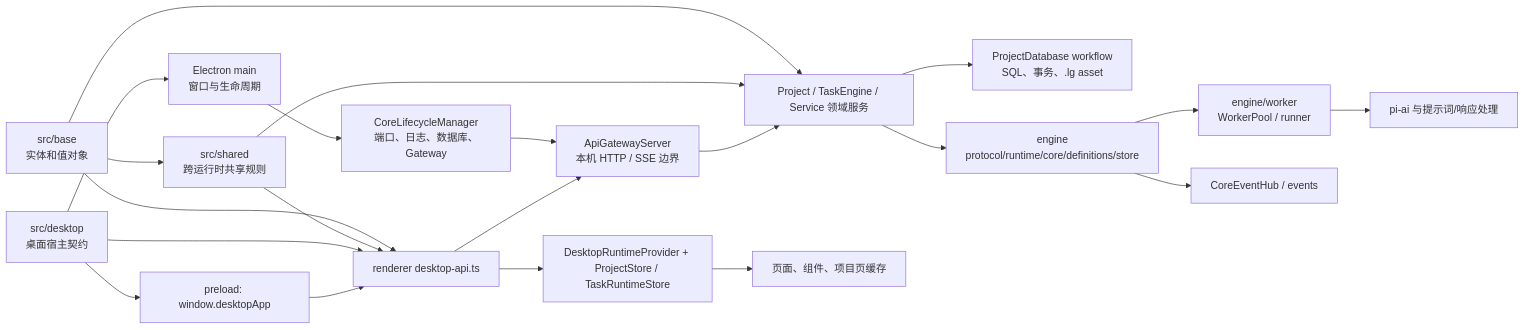
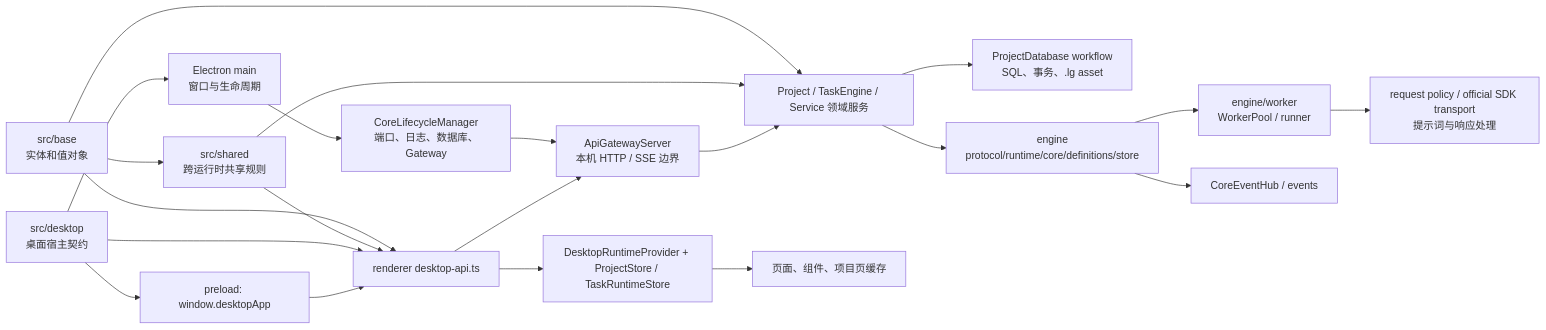
The first of 3 diagrams in docs/ARCHITECTURE.md (neavo/LinguaGacha), drawn with Mermaid before and after one commit. The commit also changed other lines of this file and 40 other files, not shown here.

````diff
--- a/docs/ARCHITECTURE.md
+++ b/docs/ARCHITECTURE.md
@@ -19,23 +19,23 @@
 ```mermaid
 flowchart LR
   N["src/base<br/>实体和值对象"] --> D
   N --> J
   N --> S["src/shared<br/>跨运行时共享规则"]
   S --> D
   S --> J
   X["src/desktop<br/>桌面宿主契约"] --> A
   X --> I
   X --> J
   A["Electron main<br/>窗口与生命周期"] --> B["CoreLifecycleManager<br/>端口、日志、数据库、Gateway"]
   B --> C["ApiGatewayServer<br/>本机 HTTP / SSE 边界"]
   C --> D["Project / TaskEngine / Service 领域服务"]
   D --> E["ProjectDatabase workflow<br/>SQL、事务、.lg asset"]
   D --> F["engine<br/>protocol/runtime/core/definitions/store"]
   F --> G["engine/worker<br/>WorkerPool / runner"]
-  G --> H["pi-ai 与提示词/响应处理"]
+  G --> H["request policy / official SDK transport<br/>提示词与响应处理"]
   F --> M["CoreEventHub / events"]
   I["preload: window.desktopApp"] --> J["renderer desktop-api.ts"]
   J --> C
   J --> K["DesktopRuntimeProvider + ProjectStore / TaskRuntimeStore"]
   K --> L["页面、组件、项目页缓存"]
 ```
````
